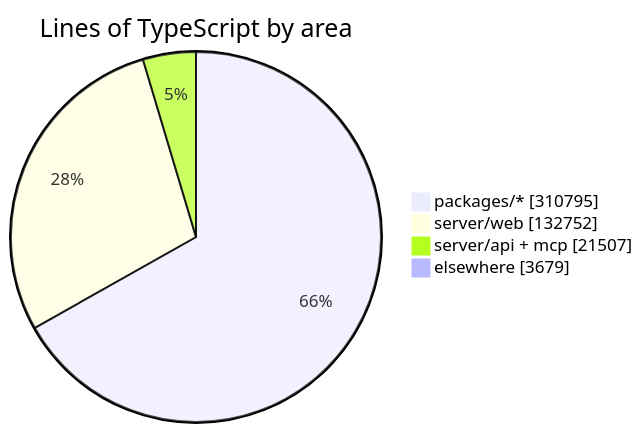
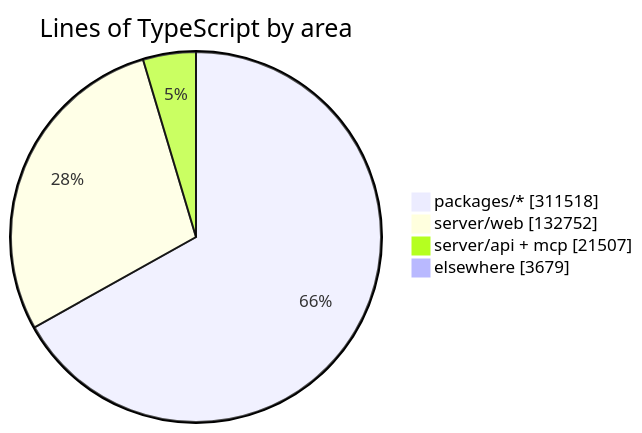
The diagram in README.md (crossworks-engineering/mantle), drawn with Mermaid before and after one commit. The commit also changed other lines of this file and 2 other files, not shown here.

````diff
--- a/README.md
+++ b/README.md
@@ -294,7 +294,7 @@
 ```mermaid
 pie showData title Lines of TypeScript by area
-    "packages/*" : 310795
+    "packages/*" : 311518
     "server/web" : 132752
     "server/api + mcp" : 21507
     "elsewhere" : 3679
 ```
````
